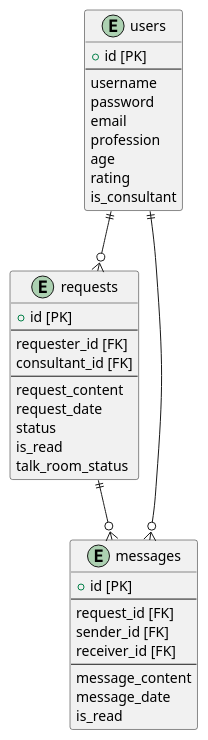
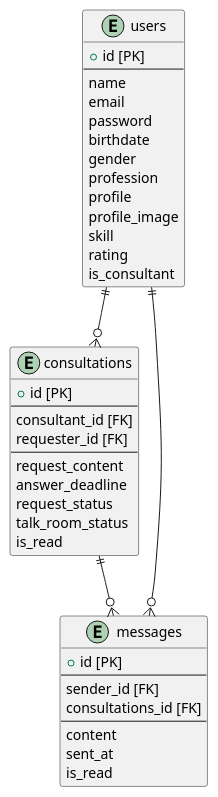
The diagram in documents/er.pu (nobukofu69/origin-idea), drawn with PlantUML before and after one commit. The commit also changed 1 other file, not shown here.

```diff
--- a/documents/er.pu
+++ b/documents/er.pu
@@ -1,45 +1,48 @@
 @startuml
 
 entity "users" as users {
   + id [PK]
   --
-  username
+  name
+  email
   password
-  email
+  birthdate
+  gender
   profession
-  age
+  profile
+  profile_image
+  skill
   rating
   is_consultant
 }
 
-entity "requests" as requests {
+entity "consultations" as consultations {
   + id [PK]
   --
+  consultant_id [FK]
   requester_id [FK]
-  consultant_id [FK]
   --
   request_content
-  request_date
-  status
+  answer_deadline
+  request_status
+  talk_room_status
   is_read
-  talk_room_status
 }
 
 entity "messages" as messages {
   + id [PK]
   --
-  request_id [FK]
   sender_id [FK]
-  receiver_id [FK]
+  consultations_id [FK]
   --
-  message_content
-  message_date
+  content
+  sent_at
   is_read
 }
 
-users ||--o{ requests
-requests ||--o{ messages
+users ||--o{ consultations
+consultations ||--o{ messages
 users ||--o{ messages
 
 
 @enduml 
```
